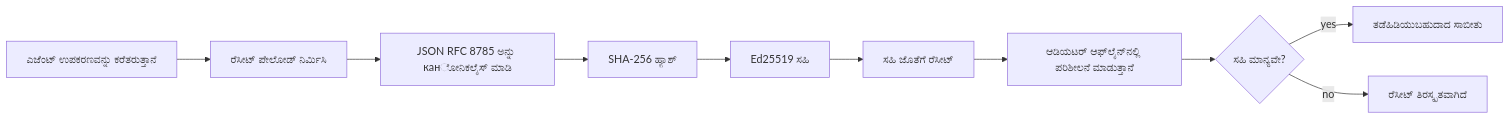
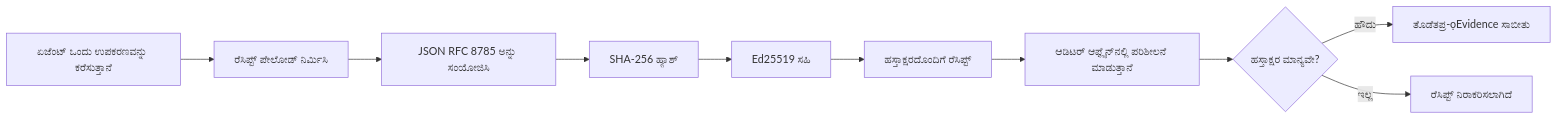
The first of 2 diagrams in mirrors/repos/microsoft@ai-agents-for-beginners/translations/kn/18-securing-ai-agents/README.md (gabrielmoreira/agent-skills-mirror), drawn with Mermaid before and after one commit. The commit also changed other lines of this file and 2285 other files, not shown here.

````diff
--- a/mirrors/repos/microsoft@ai-agents-for-beginners/translations/kn/18-securing-ai-agents/README.md
+++ b/mirrors/repos/microsoft@ai-agents-for-beginners/translations/kn/18-securing-ai-agents/README.md
@@ -51,12 +51,12 @@
 ```mermaid
 flowchart LR
-    A[ಎಜೆಂಟ್ ಉಪಕರಣವನ್ನು ಕರೆತರುತ್ತಾನೆ] --> B[ರೆಸೀಟ್ ಪೇಲೋಡ್ ನಿರ್ಮಿಸಿ]
-    B --> C[JSON RFC 8785 ಅನ್ನು канೋನಿಕಲೈಸ್ ಮಾಡಿ]
+    A[ಏಜೆಂಟ್ ಒಂದು ಉಪಕರಣವನ್ನು ಕರೆಸುತ್ತಾನೆ] --> B[ರೆಸಿಪ್ಟ್ ಪೇಲೋಡ್ ನಿರ್ಮಿಸಿ]
+    B --> C[JSON RFC 8785 ಅನ್ನು ಸಂಯೋಜಿಸಿ]
     C --> D[SHA-256 ಹ್ಯಾಶ್]
     D --> E[Ed25519 ಸಹಿ]
-    E --> F[ಸಹಿ ಜೊತೆಗೆ ರೆಸೀಟ್]
-    F --> G[ಆಡಿಯಟರ್ ಆಫ್‌ಲೈನ್‌ನಲ್ಲಿ ಪರಿಶೀಲನೆ ಮಾಡುತ್ತಾನೆ]
-    G --> H{ಸಹಿ ಮಾನ್ಯವೇ?}
-    H -- yes --> I[ತಡೆಹಿಡಿಯುಬಹುದಾದ ಸಾಬೀತು]
-    H -- no --> J[ರೆಸೀಟ್ ತಿರಸ್ಕೃತವಾಗಿದೆ]
+    E --> F[ಹಸ್ತಾಕ್ಷರದೊಂದಿಗೆ ರೆಸಿಪ್ಟ್]
+    F --> G[ಆಡಿಟರ್ ಆಫ್ಲೈನ್‌ನಲ್ಲಿ ಪರಿಶೀಲನೆ ಮಾಡುತ್ತಾನೆ]
+    G --> H{ಹಸ್ತಾಕ್ಷರ ಮಾನ್ಯವೇ?}
+    H -- ಹೌದು --> I[ತೊಡೆತಪ್ರ-ọEvidence ಸಾಬೀತು]
+    H -- ಇಲ್ಲ --> J[ರೆಸಿಪ್ಟ್ ನಿರಾಕರಿಸಲಾಗಿದೆ]
 ```
````
